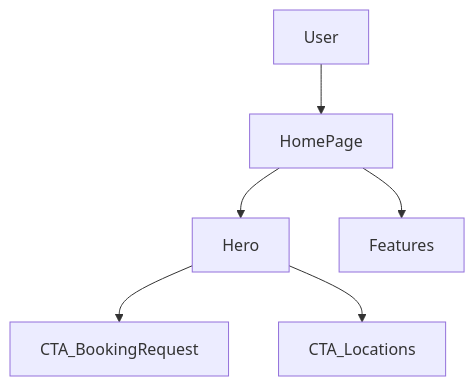
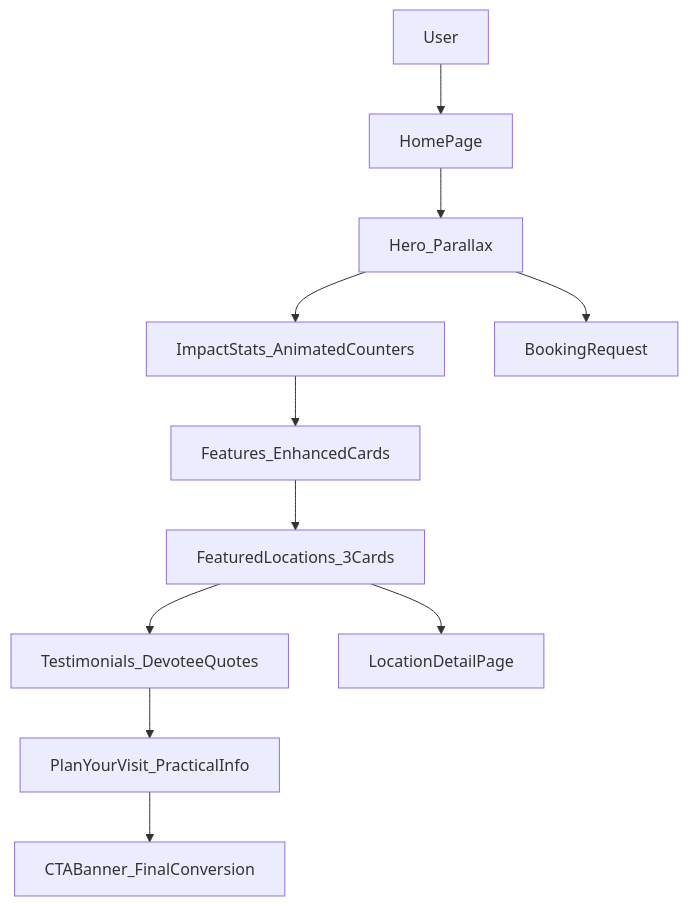
The diagram in src/features/info/MODULE_DOC.md (AmanVatsSharma/Gajanan-Maharaj-Sansthan), drawn with Mermaid before and after one commit. The commit also changed other lines of this file and 2 other files, not shown here.

Commit message:
Revamp home page with premium multi-section layout, adding animated impact stats, testimonials, and visit planning information. Introduced new visit-info data module for darshan timings and transport options. Updated MODULE_DOC.md to reflect new components and design enhancements.

````diff
--- a/src/features/info/MODULE_DOC.md
+++ b/src/features/info/MODULE_DOC.md
@@ -17,8 +28,13 @@
 ```mermaid
 flowchart TD
   user[User] --> home[HomePage]
-  home --> hero[Hero]
-  hero --> ctaBooking[CTA_BookingRequest]
-  hero --> ctaLocations[CTA_Locations]
-  home --> features[Features]
+  home --> hero[Hero_Parallax]
+  hero --> stats[ImpactStats_AnimatedCounters]
+  stats --> features[Features_EnhancedCards]
+  features --> locations[FeaturedLocations_3Cards]
+  locations --> testimonials[Testimonials_DevoteeQuotes]
+  testimonials --> visit[PlanYourVisit_PracticalInfo]
+  visit --> cta[CTABanner_FinalConversion]
+  hero --> booking[BookingRequest]
+  locations --> locationDetail[LocationDetailPage]
 ```
````
